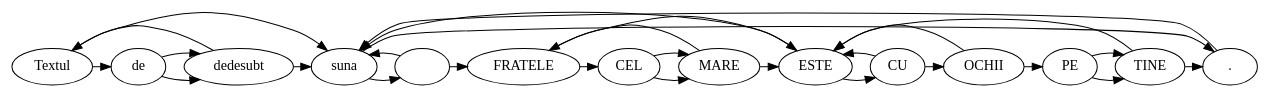
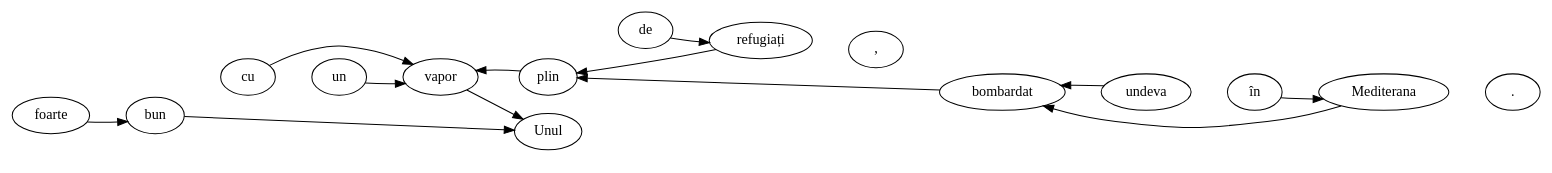
One commit to BlackKakapo/Reprezentarea-Conllu changed the diagram in Digraph.gv. Above: the diagram before and after it, drawn with Graphviz. The commit also changed 6 other files, not shown here.

```diff
--- a/Digraph.gv
+++ b/Digraph.gv
@@ -1,34 +1,34 @@
 // The Round Table
 digraph {
+	graph [rankdir=LR]
+	foarte -> bun
+	bun -> Unul
+	cu -> vapor
+	un -> vapor
+	vapor -> Unul
+	plin -> vapor
+	de -> "refugiați"
+	"refugiați" -> plin
+	bombardat -> plin
+	undeva -> bombardat
+	"în" -> Mediterana
+	Mediterana -> bombardat
 	// The Round Table
 	{
-		rank=same
-		Textul -> de
-		de -> dedesubt
-		dedesubt -> suna
-		suna -> ""
-		"" -> FRATELE
-		FRATELE -> CEL
-		CEL -> MARE
-		MARE -> ESTE
-		ESTE -> CU
-		CU -> OCHII
-		OCHII -> PE
-		PE -> TINE
-		TINE -> "."
-		Textul -> suna
-		de -> dedesubt
-		dedesubt -> Textul
-		suna -> "."
-		"" -> suna
-		FRATELE -> ESTE
-		CEL -> MARE
-		MARE -> FRATELE
-		ESTE -> suna
-		CU -> ESTE
-		OCHII -> ESTE
-		PE -> TINE
-		TINE -> ESTE
-		"." -> suna
+		edge [style=invis]
+		Unul -> foarte
+		foarte -> bun
+		bun -> cu
+		cu -> un
+		un -> vapor
+		vapor -> plin
+		plin -> de
+		de -> "refugiați"
+		"refugiați" -> ","
+		"," -> bombardat
+		bombardat -> undeva
+		undeva -> "în"
+		"în" -> Mediterana
+		Mediterana -> "."
 	}
 }
```
